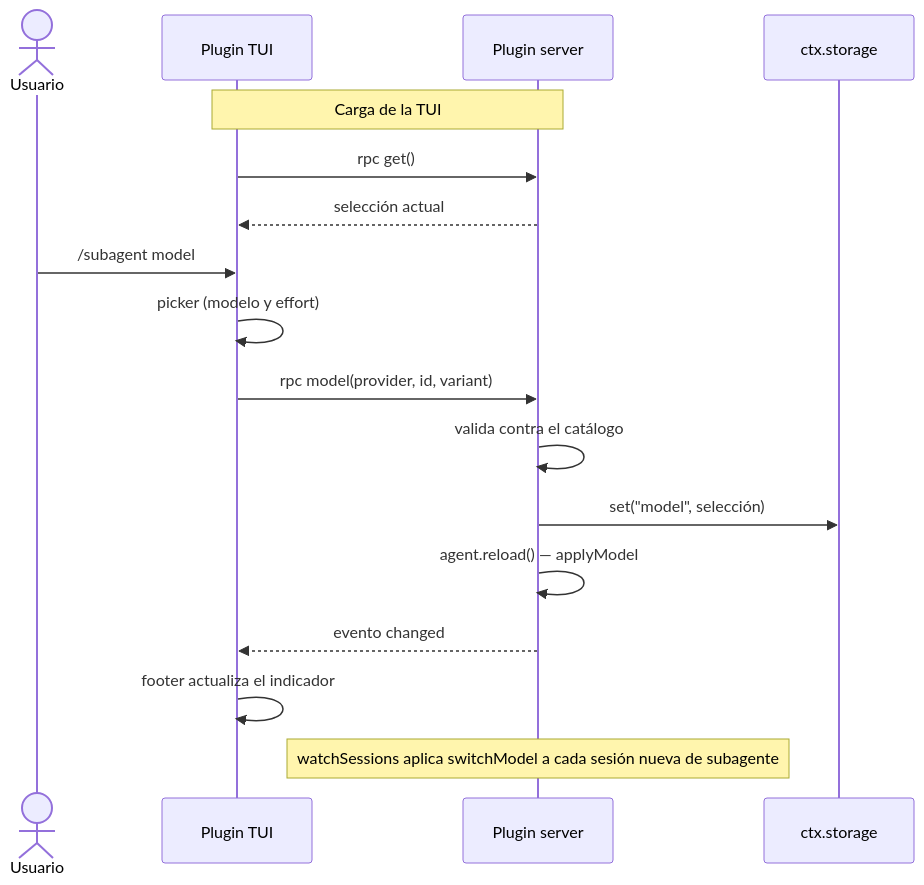
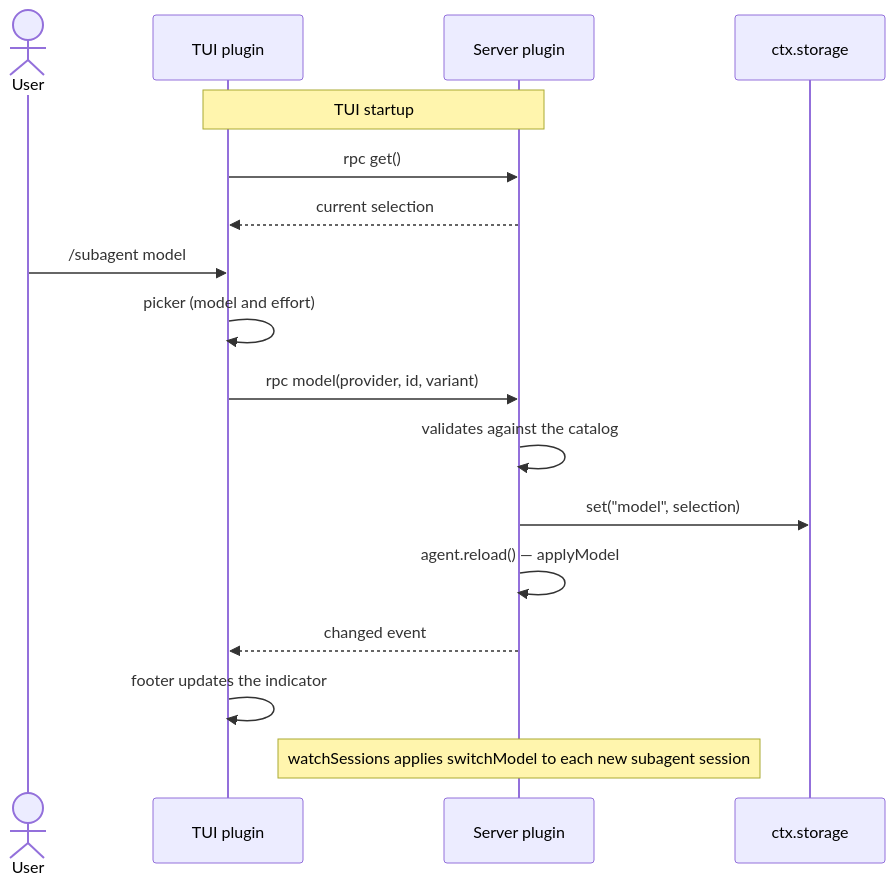
Before and after one commit to barreiroleo/opencode-subagent: the diagram in README.md, drawn with Mermaid. The commit also changed other lines of this file, not shown here.

````diff
--- a/README.md
+++ b/README.md
@@ -30,22 +30,22 @@
 ```mermaid
 sequenceDiagram
-    actor U as Usuario
-    participant TUI as Plugin TUI
-    participant SRV as Plugin server
+    actor U as User
+    participant TUI as TUI plugin
+    participant SRV as Server plugin
     participant ST as ctx.storage
 
-    Note over TUI,SRV: Carga de la TUI
+    Note over TUI,SRV: TUI startup
     TUI->>SRV: rpc get()
-    SRV-->>TUI: selección actual
+    SRV-->>TUI: current selection
 
     U->>TUI: /subagent model
-    TUI->>TUI: picker (modelo y effort)
+    TUI->>TUI: picker (model and effort)
     TUI->>SRV: rpc model(provider, id, variant)
-    SRV->>SRV: valida contra el catálogo
-    SRV->>ST: set("model", selección)
+    SRV->>SRV: validates against the catalog
+    SRV->>ST: set("model", selection)
     SRV->>SRV: agent.reload() — applyModel
-    SRV-->>TUI: evento changed
-    TUI->>TUI: footer actualiza el indicador
+    SRV-->>TUI: changed event
+    TUI->>TUI: footer updates the indicator
 
-    Note over SRV: watchSessions aplica switchModel a cada sesión nueva de subagente
+    Note over SRV: watchSessions applies switchModel to each new subagent session
 ```
````
